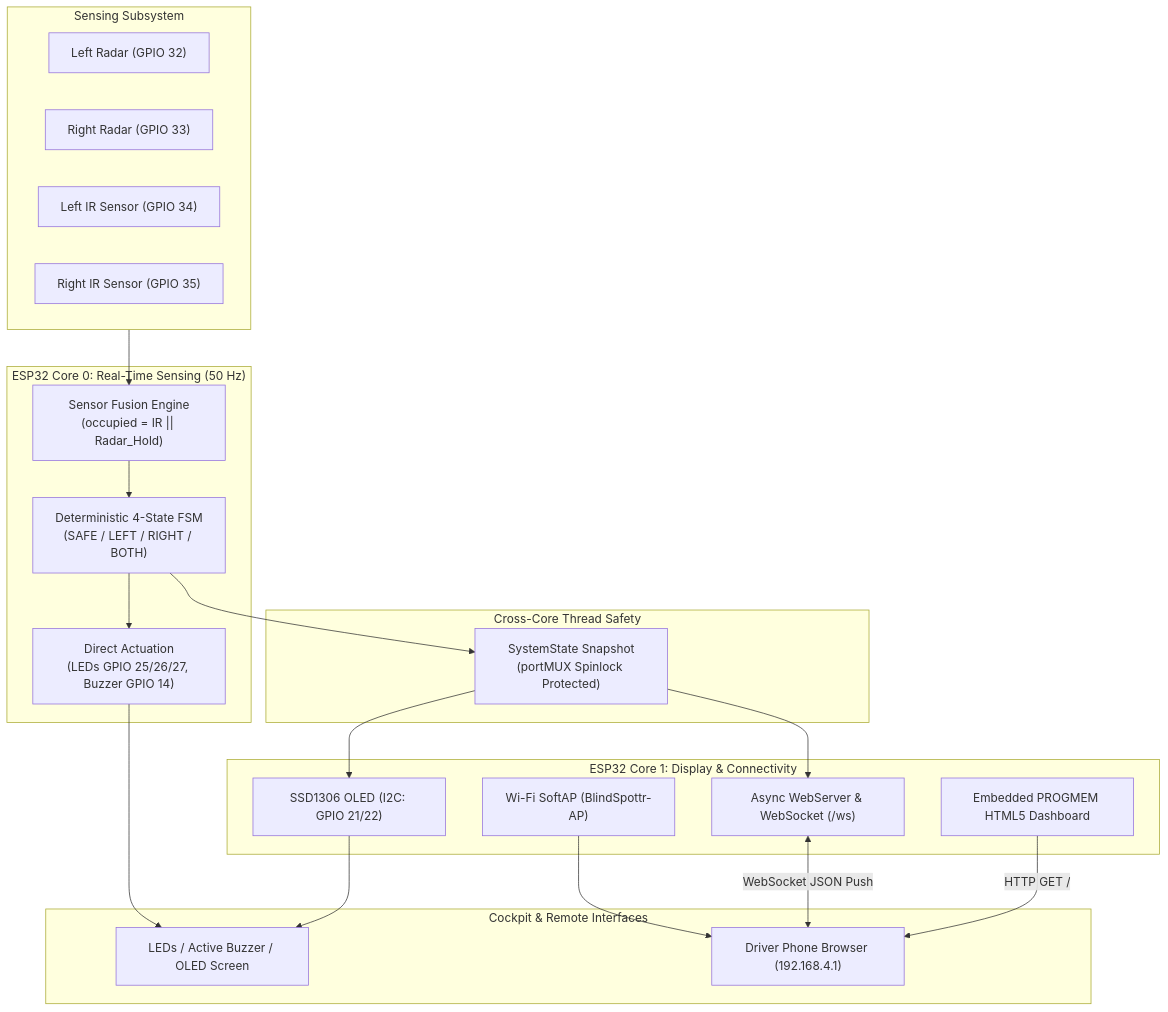
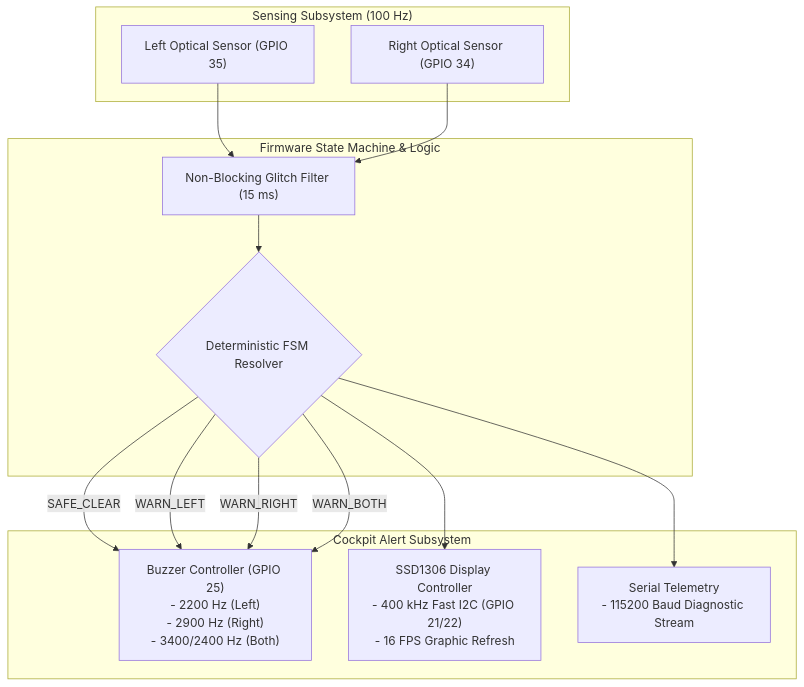
Before and after one commit to DevInfinix/BlindSpottr: the first of 2 diagrams in README.md, drawn with Mermaid. The commit also changed other lines of this file and 9 other files, not shown here.

Commit message:
FEAT: complete dynamic OLED HUD, multi-tone buzzer alert engine, and verified IR sensor acquisition

````diff
--- a/README.md
+++ b/README.md
@@ -44,44 +91,30 @@
 ```mermaid
-graph TB
-    subgraph Inputs["Sensing Subsystem"]
-        RL["Left Radar (GPIO 32)"]
-        RR["Right Radar (GPIO 33)"]
-        IL["Left IR Sensor (GPIO 34)"]
-        IR["Right IR Sensor (GPIO 35)"]
+graph TD
+    subgraph SENSORS ["Sensing Subsystem (100 Hz)"]
+        IR_L["Left Optical Sensor (GPIO 35)"]
+        IR_R["Right Optical Sensor (GPIO 34)"]
     end
 
-    subgraph Core0["ESP32 Core 0: Real-Time Sensing (50 Hz)"]
-        FUSION["Sensor Fusion Engine\n(occupied = IR || Radar_Hold)"]
-        FSM["Deterministic 4-State FSM\n(SAFE / LEFT / RIGHT / BOTH)"]
-        ACT["Direct Actuation\n(LEDs GPIO 25/26/27, Buzzer GPIO 14)"]
+    subgraph ENGINE ["Firmware State Machine & Logic"]
+        DEB["Non-Blocking Glitch Filter (15 ms)"]
+        FSM{"Deterministic FSM Resolver"}
     end
 
-    subgraph State["Cross-Core Thread Safety"]
-        SYNC["SystemState Snapshot\n(portMUX Spinlock Protected)"]
+    subgraph ACTUATION ["Cockpit Alert Subsystem"]
+        BUZZ["Buzzer Controller (GPIO 25)\n- 2200 Hz (Left)\n- 2900 Hz (Right)\n- 3400/2400 Hz (Both)"]
+        OLED["SSD1306 Display Controller\n- 400 kHz Fast I2C (GPIO 21/22)\n- 16 FPS Graphic Refresh"]
+        UART["Serial Telemetry\n- 115200 Baud Diagnostic Stream"]
     end
 
-    subgraph Core1["ESP32 Core 1: Display & Connectivity"]
-        OLED["SSD1306 OLED (I2C: GPIO 21/22)"]
-        AP["Wi-Fi SoftAP (BlindSpottr-AP)"]
-        WS["Async WebServer & WebSocket (/ws)"]
-        DASH["Embedded PROGMEM HTML5 Dashboard"]
-    end
+    IR_L --> DEB
+    IR_R --> DEB
+    DEB --> FSM
 
-    subgraph Outputs["Cockpit & Remote Interfaces"]
-        PHYS["LEDs / Active Buzzer / OLED Screen"]
-        PHONE["Driver Phone Browser (192.168.4.1)"]
-    end
+    FSM -->|SAFE_CLEAR| BUZZ
+    FSM -->|WARN_LEFT| BUZZ
+    FSM -->|WARN_RIGHT| BUZZ
+    FSM -->|WARN_BOTH| BUZZ
 
-    Inputs --> FUSION
-    FUSION --> FSM
-    FSM --> ACT
-    FSM --> SYNC
-    ACT --> PHYS
-
-    SYNC --> OLED
-    SYNC --> WS
-    OLED --> PHYS
-    AP --> PHONE
-    WS <-->|WebSocket JSON Push| PHONE
-    DASH -->|HTTP GET /| PHONE
+    FSM --> OLED
+    FSM --> UART
 ```
````
